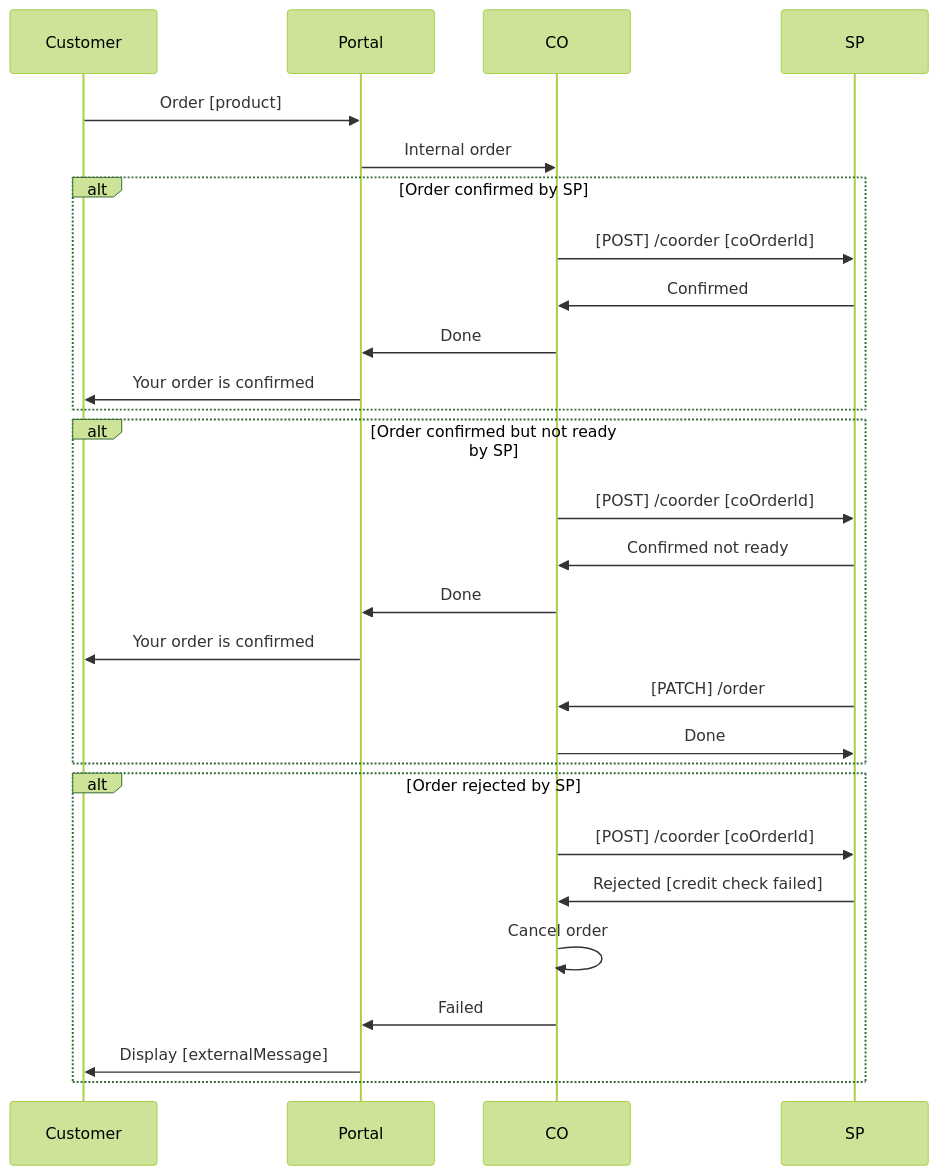
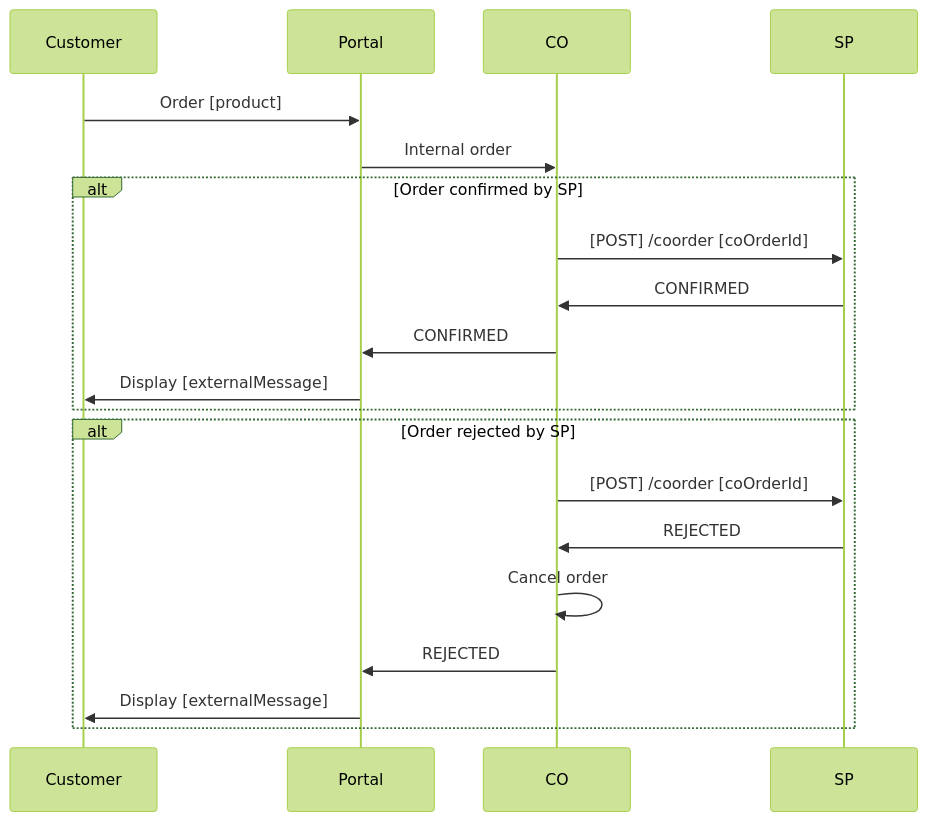
Before and after one commit to on-api/on-api: the diagram in 2.5.0/spec_sp/coorder.md, drawn with Mermaid (forest theme). The commit also changed other lines of this file and 8 other files, not shown here.

````diff
--- a/2.5.0/spec_sp/coorder.md
+++ b/2.5.0/spec_sp/coorder.md
@@ -27,26 +13,18 @@
 ```mermaid
 sequenceDiagram
 Customer->>Portal: Order [product]
 Portal->>CO: Internal order
 alt Order confirmed by SP
 CO->>SP: [POST] /coorder [coOrderId]
-SP->>CO: Confirmed
-CO->>Portal: Done
-Portal->>Customer: Your order is confirmed
-end
-alt Order confirmed but not ready by SP
-CO->>SP: [POST] /coorder [coOrderId]
-SP->>CO: Confirmed not ready
-CO->>Portal: Done
-Portal->>Customer: Your order is confirmed
-SP->>CO: [PATCH] /order
-CO->>SP: Done
+SP->>CO: CONFIRMED
+CO->>Portal: CONFIRMED
+Portal->>Customer: Display [externalMessage]
 end
 alt Order rejected by SP
 CO->>SP: [POST] /coorder [coOrderId]
-SP->>CO: Rejected [credit check failed]
+SP->>CO: REJECTED
 CO->>CO: Cancel order
-CO->>Portal: Failed
+CO->>Portal: REJECTED
 Portal->>Customer: Display [externalMessage]
 end
 ```
````
